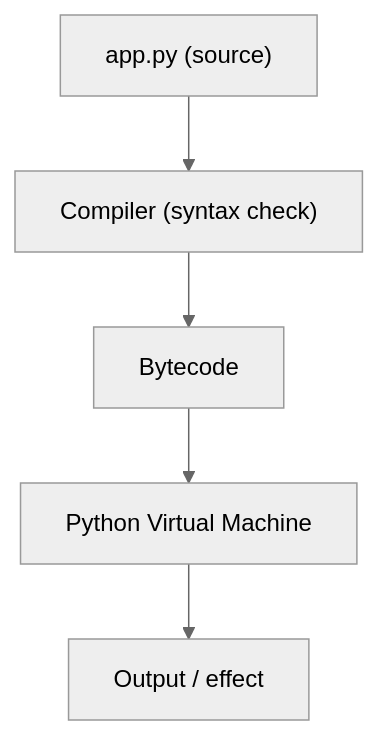
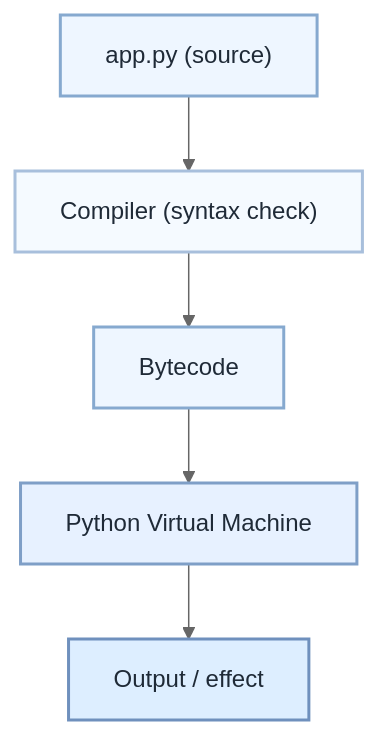
Before and after one commit to Swamy-s-Tech-Skills-Academy/python-fundamentals: the diagram in docs/sessions/L1/S1.md, drawn with Mermaid (neutral theme). The commit also changed 51 other files, not shown here.

````diff
--- a/docs/sessions/L1/S1.md
+++ b/docs/sessions/L1/S1.md
@@ -160,7 +160,17 @@
 ```mermaid
 graph TD
     A["app.py (source)"] --> B["Compiler (syntax check)"]
     B --> C["Bytecode"]
     C --> D["Python Virtual Machine"]
     D --> E["Output / effect"]
+
+  classDef start fill:#eef6ff,stroke:#86a9cf,stroke-width:2px,color:#1f2a37
+  classDef process fill:#f5faff,stroke:#a8bfdc,stroke-width:2px,color:#1f2a37
+  classDef runtime fill:#e7f1ff,stroke:#7f9fc7,stroke-width:2px,color:#1f2a37
+  classDef result fill:#ddeeff,stroke:#6f90bd,stroke-width:2px,color:#1f2a37
+
+  class A,C start
+  class B process
+  class D runtime
+  class E result
 ```
````
